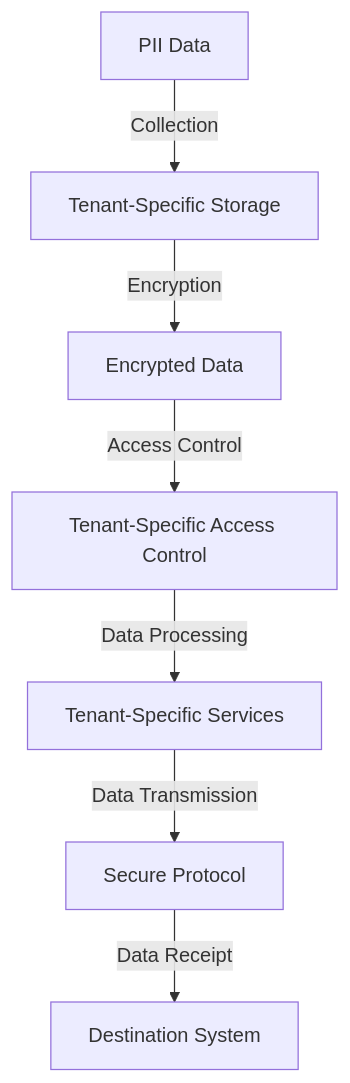
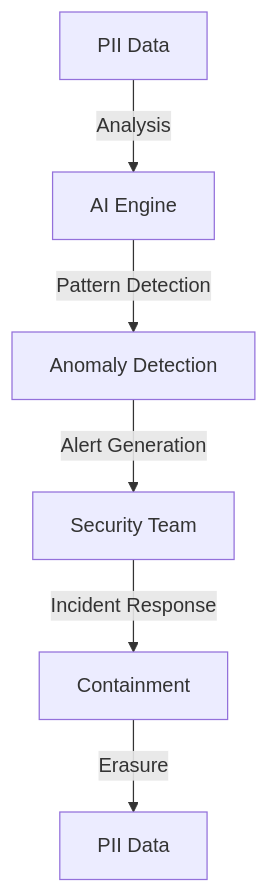
Before and after one commit to baaghinitesh/dailly-notes: the second of 3 diagrams in docs/blogs/How_to_Safely_Handle_PII__Personally_Identifiable_Information__Part_2.md, drawn with Mermaid. The commit also changed other lines of this file and 5 other files, not shown here.

````diff
--- a/docs/blogs/How_to_Safely_Handle_PII__Personally_Identifiable_Information__Part_2.md
+++ b/docs/blogs/How_to_Safely_Handle_PII__Personally_Identifiable_Information__Part_2.md
@@ -49,9 +41,8 @@
 ```mermaid
 flowchart TD
-    id["PII Data"] -->|Collection| id1["Tenant-Specific Storage"]
-    id1 -->|Encryption| id2["Encrypted Data"]
-    id2 -->|Access Control| id3["Tenant-Specific Access Control"]
-    id3 -->|Data Processing| id4["Tenant-Specific Services"]
-    id4 -->|Data Transmission| id5["Secure Protocol"]
-    id5 -->|Data Receipt| id6["Destination System"]
+    id["PII Data"] -->|Analysis| id1["AI Engine"]
+    id1 -->|Pattern Detection| id2["Anomaly Detection"]
+    id2 -->|Alert Generation| id3["Security Team"]
+    id3 -->|Incident Response| id4["Containment"]
+    id4 -->|Erasure| id5["PII Data"]
 ```
````
